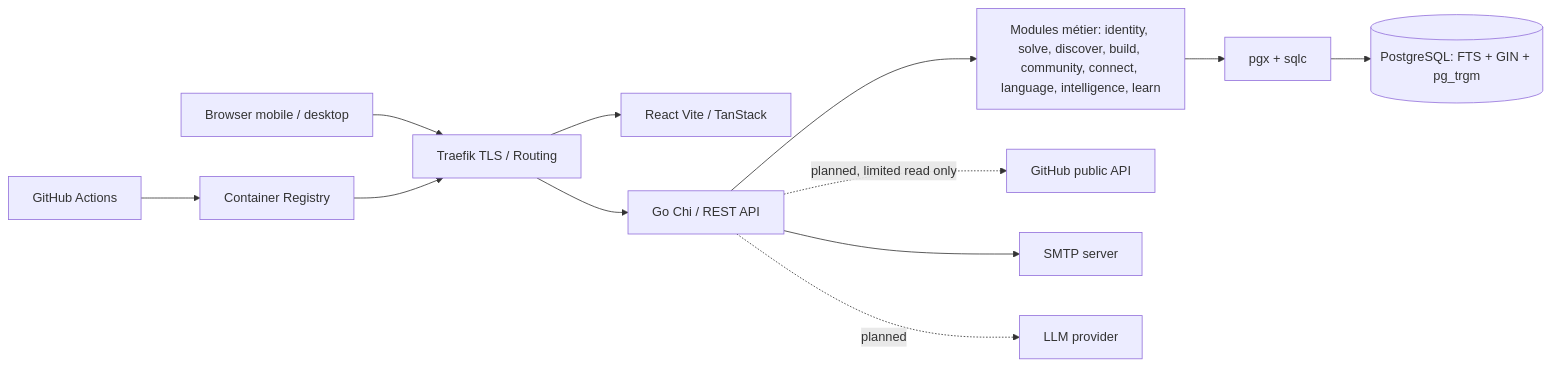
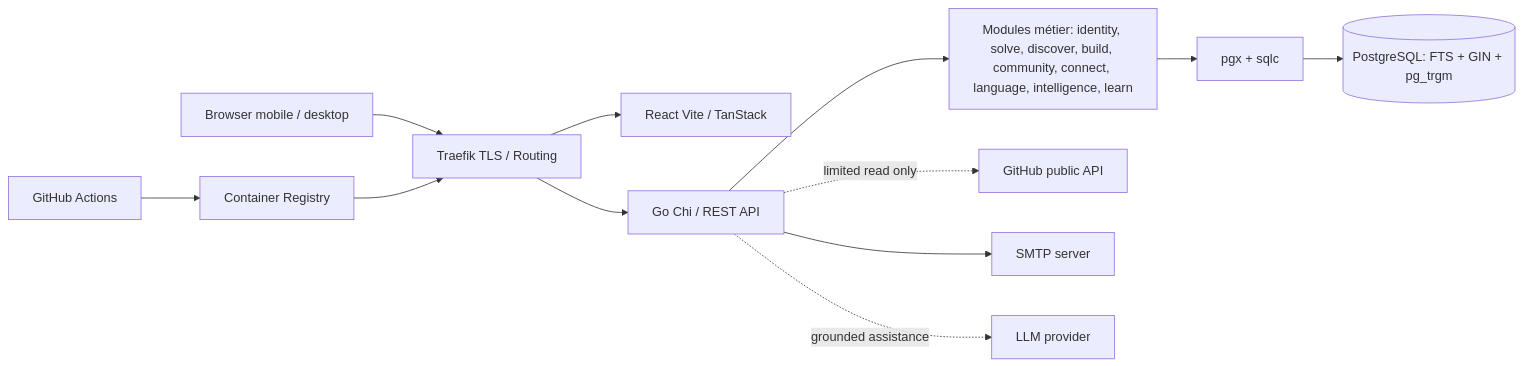
One commit to Y4NN777/226os changed the diagram in docs/architecture/ARCHITECTURE.md. Above: the diagram before and after it, drawn with Mermaid. The commit also changed 30 other files, not shown here.

````diff
--- a/docs/architecture/ARCHITECTURE.md
+++ b/docs/architecture/ARCHITECTURE.md
@@ -5,14 +5,14 @@
 ```mermaid
 flowchart LR
   User[Browser mobile / desktop] --> T[Traefik TLS / Routing]
   T --> W[React Vite / TanStack]
   T --> A[Go Chi / REST API]
   A --> M[Modules métier: identity, solve, discover, build, community, connect, language, intelligence, learn]
   M --> Q[pgx + sqlc]
   Q --> P[(PostgreSQL: FTS + GIN + pg_trgm)]
-  A -. planned, limited read only .-> GH[GitHub public API]
+  A -. limited read only .-> GH[GitHub public API]
   A --> SMTP[SMTP server]
-  A -. planned .-> LLM[LLM provider]
+  A -. grounded assistance .-> LLM[LLM provider]
   CI[GitHub Actions] --> IMG[Container Registry]
   IMG --> T
 ```
````
